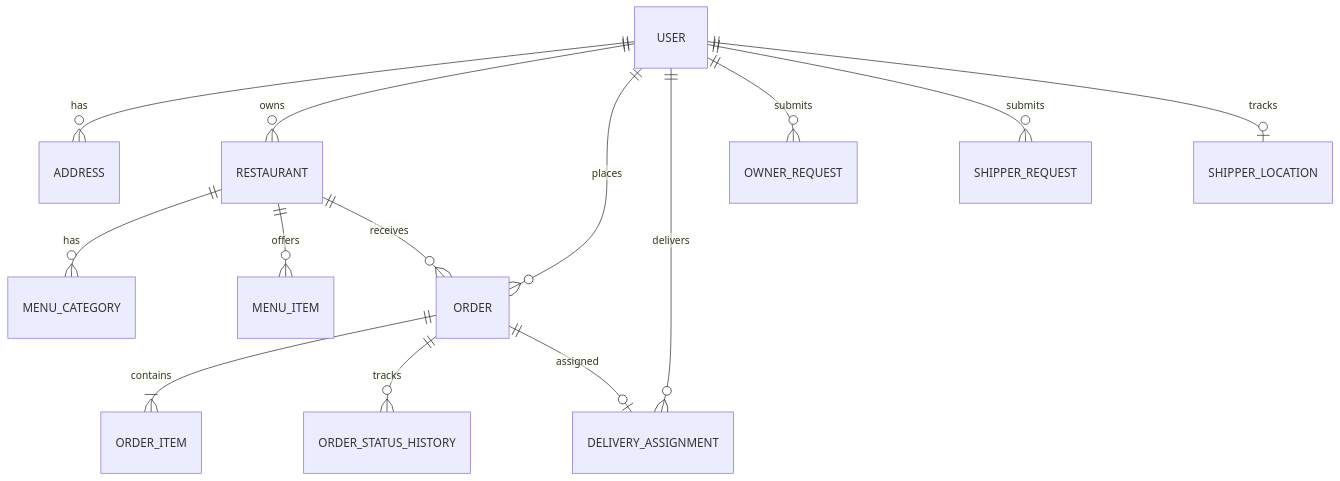
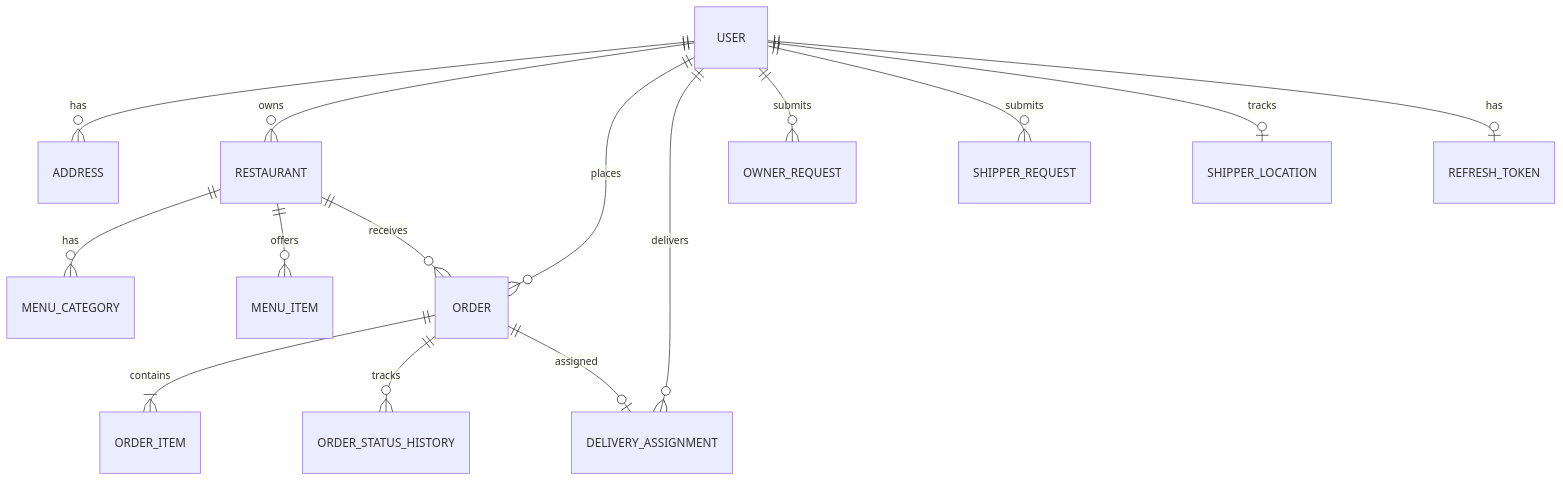
One commit to AlexCrisTin/Mini-food-delivery changed the diagram in temp docs/03_thiet_ke_du_lieu.md. Above: the diagram before and after it, drawn with Mermaid. The commit also changed other lines of this file and 11 other files, not shown here.

````diff
--- a/temp docs/03_thiet_ke_du_lieu.md
+++ b/temp docs/03_thiet_ke_du_lieu.md
@@ -7,18 +7,19 @@
 ```mermaid
 erDiagram
     USER ||--o{ ADDRESS : "has"
     USER ||--o{ RESTAURANT : "owns"
     USER ||--o{ ORDER : "places"
     USER ||--o{ DELIVERY_ASSIGNMENT : "delivers"
     USER ||--o{ OWNER_REQUEST : "submits"
     USER ||--o{ SHIPPER_REQUEST : "submits"
     USER ||--o| SHIPPER_LOCATION : "tracks"
+    USER ||--o| REFRESH_TOKEN : "has"
 
     RESTAURANT ||--o{ MENU_CATEGORY : "has"
     RESTAURANT ||--o{ MENU_ITEM : "offers"
     RESTAURANT ||--o{ ORDER : "receives"
 
     ORDER ||--|{ ORDER_ITEM : "contains"
     ORDER ||--o{ ORDER_STATUS_HISTORY : "tracks"
     ORDER ||--o| DELIVERY_ASSIGNMENT : "assigned"
 ```
````
